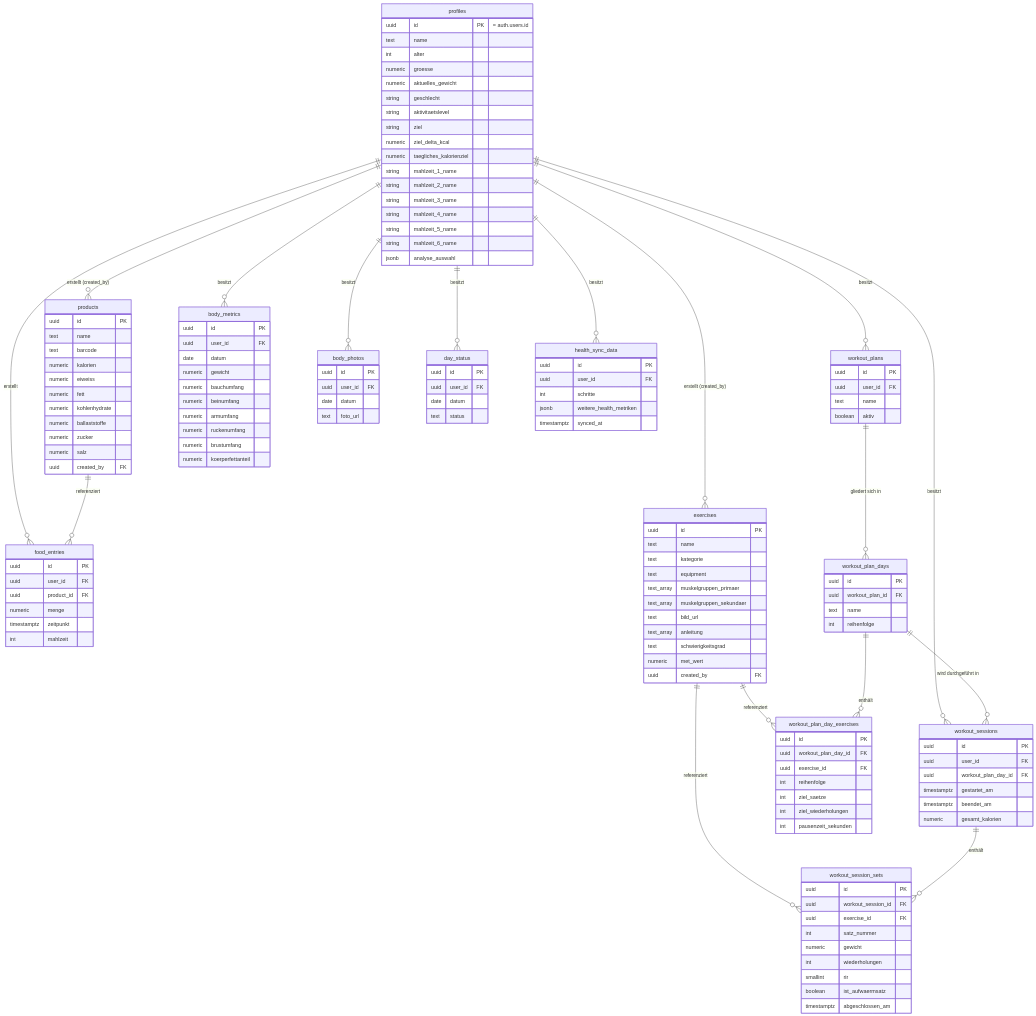
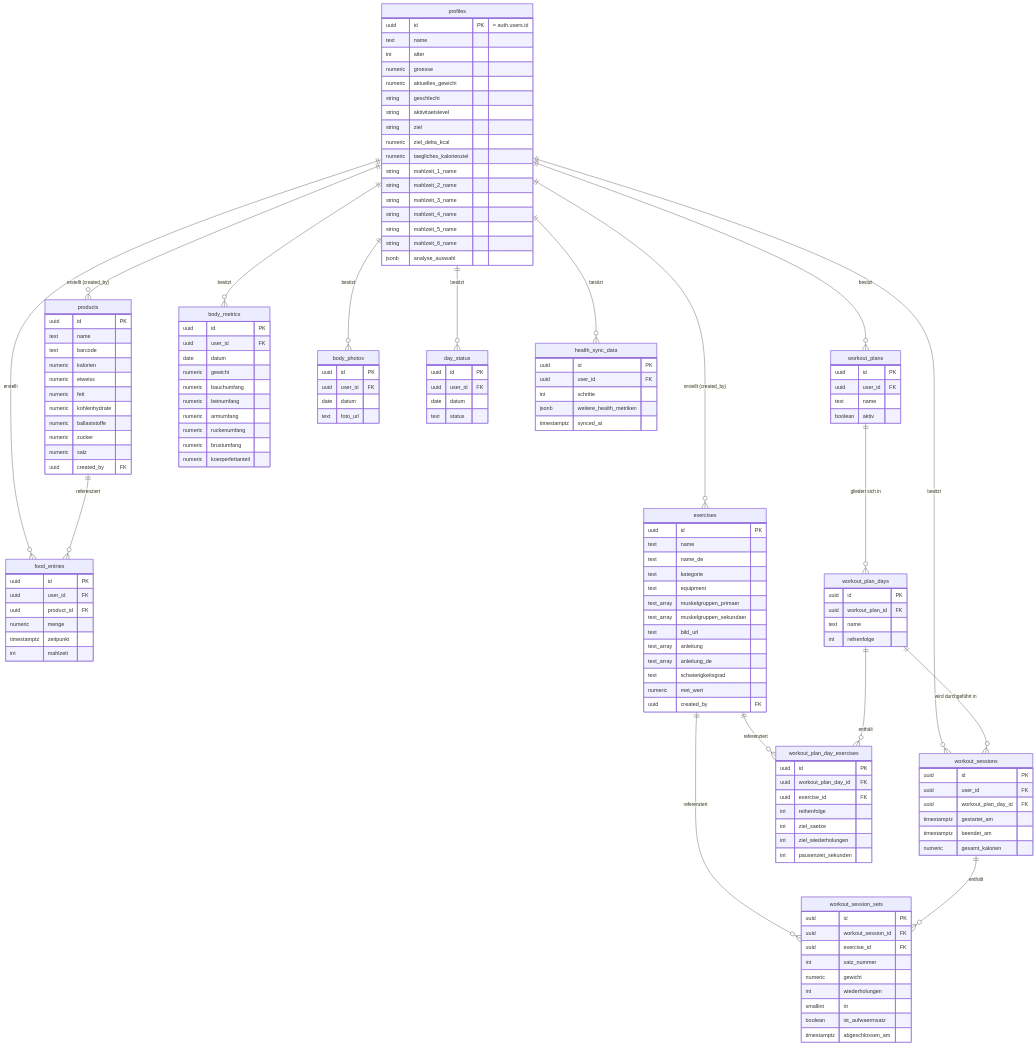
One commit to SueleymanOezel/fitness-app changed the diagram in docs/domaenenmodell.md. Above: the diagram before and after it, drawn with Mermaid. The commit also changed other lines of this file and 2 other files, not shown here.

First line of the commit message:
feat: add name_de and anleitung_de columns to exercises

```diff
--- a/docs/domaenenmodell.md
+++ b/docs/domaenenmodell.md
@@ -84,12 +84,14 @@
     exercises {
         uuid id PK
         text name
+        text name_de
         text kategorie
         text equipment
         text_array muskelgruppen_primaer
         text_array muskelgruppen_sekundaer
         text bild_url
         text_array anleitung
+        text_array anleitung_de
         text schwierigkeitsgrad
         numeric met_wert
         uuid created_by FK
```
